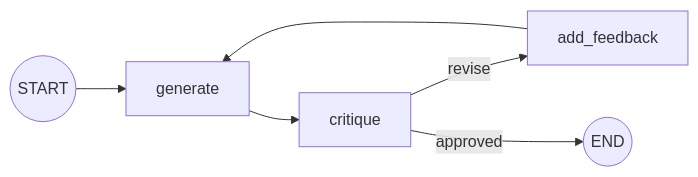
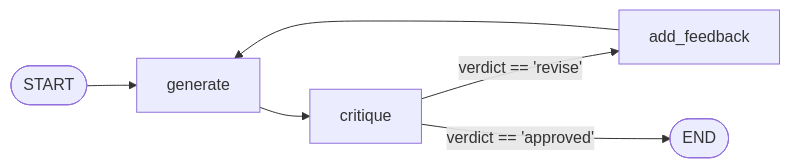
One commit to xergioalex/agent-lab changed the first of 3 diagrams in src/24_reflection/README.md. Above: the diagram before and after it, drawn with Mermaid. The commit also changed other lines of this file and 64 other files, not shown here.

First line of the commit message:
docs(docs): premium Mermaid diagram pass on all 64 module READMEs

````diff
--- a/src/24_reflection/README.md
+++ b/src/24_reflection/README.md
@@ -48,8 +48,8 @@
 ```mermaid
-graph LR
-    START((START)) --> generate[generate]
-    generate --> critique[critique]
-    critique -->|revise| add_feedback[add_feedback]
-    critique -->|approved| END((END))
+flowchart LR
+    START(["START"]) --> generate["generate"]
+    generate --> critique["critique"]
+    critique -->|"verdict == 'revise'"| add_feedback["add_feedback"]
+    critique -->|"verdict == 'approved'"| END(["END"])
     add_feedback --> generate
 ```
````
